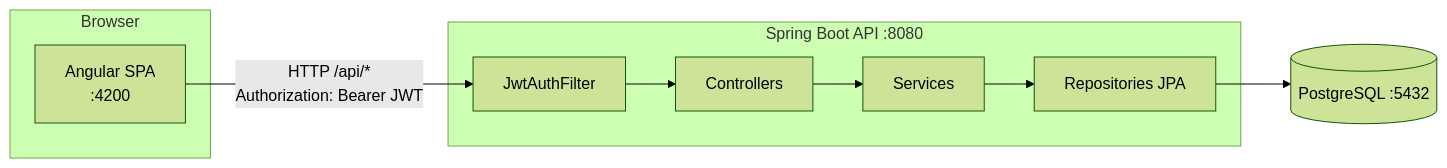
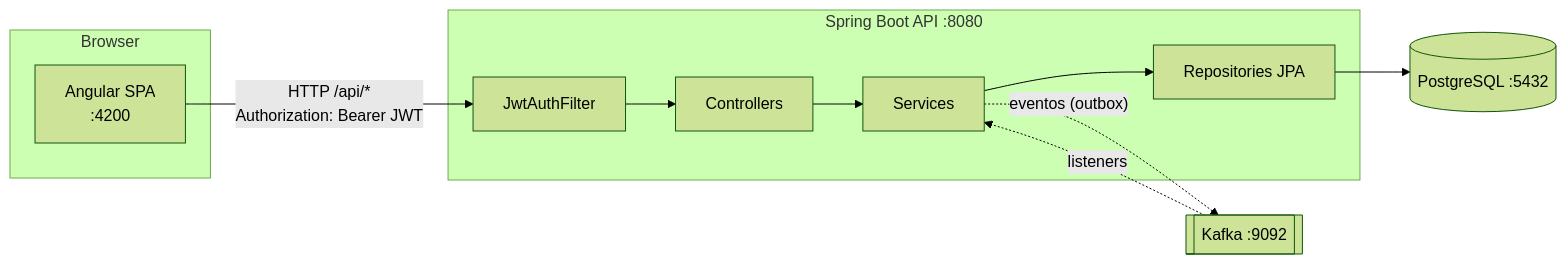
The first of 2 diagrams in README.md (robertorj7/my-sports-store), drawn with Mermaid (forest theme) before and after one commit. The commit also changed other lines of this file and 40 other files, not shown here.

````diff
--- a/README.md
+++ b/README.md
@@ -72,13 +76,15 @@
 ```mermaid
 flowchart LR
     subgraph Browser
         A[Angular SPA<br/>:4200]
     end
     subgraph API[Spring Boot API :8080]
         F[JwtAuthFilter] --> C[Controllers]
         C --> S[Services]
         S --> R[Repositories JPA]
     end
     A -- "HTTP /api/*<br/>Authorization: Bearer JWT" --> F
     R --> DB[(PostgreSQL :5432)]
+    S -. "eventos (outbox)" .-> K[[Kafka :9092]]
+    K -. listeners .-> S
 ```
````
